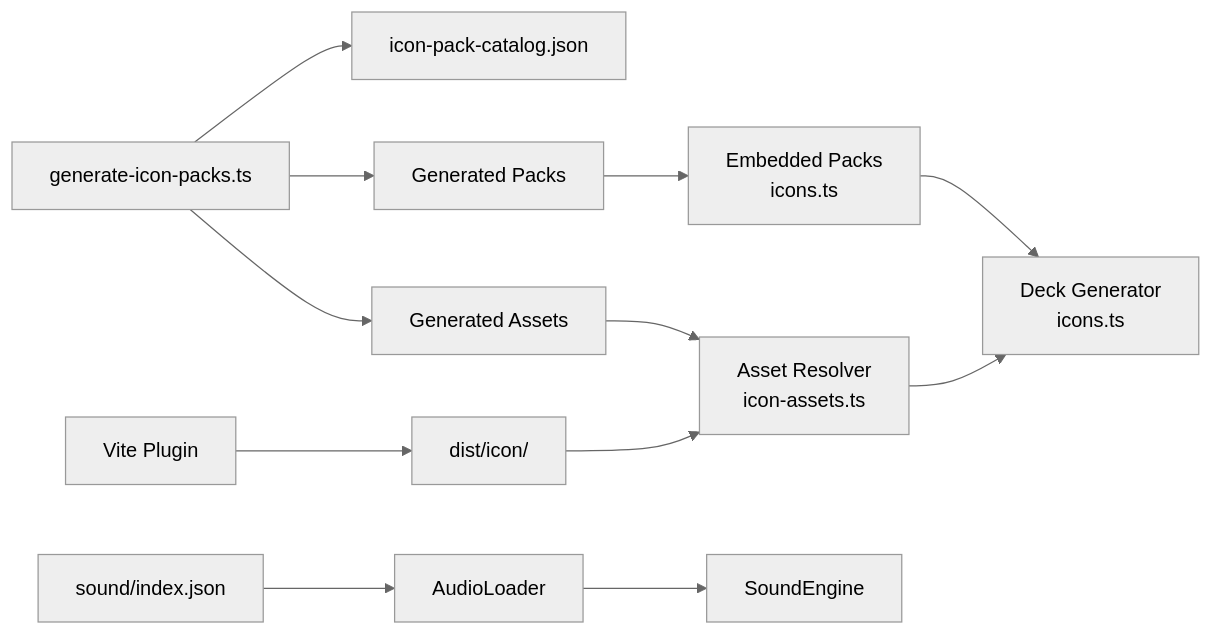
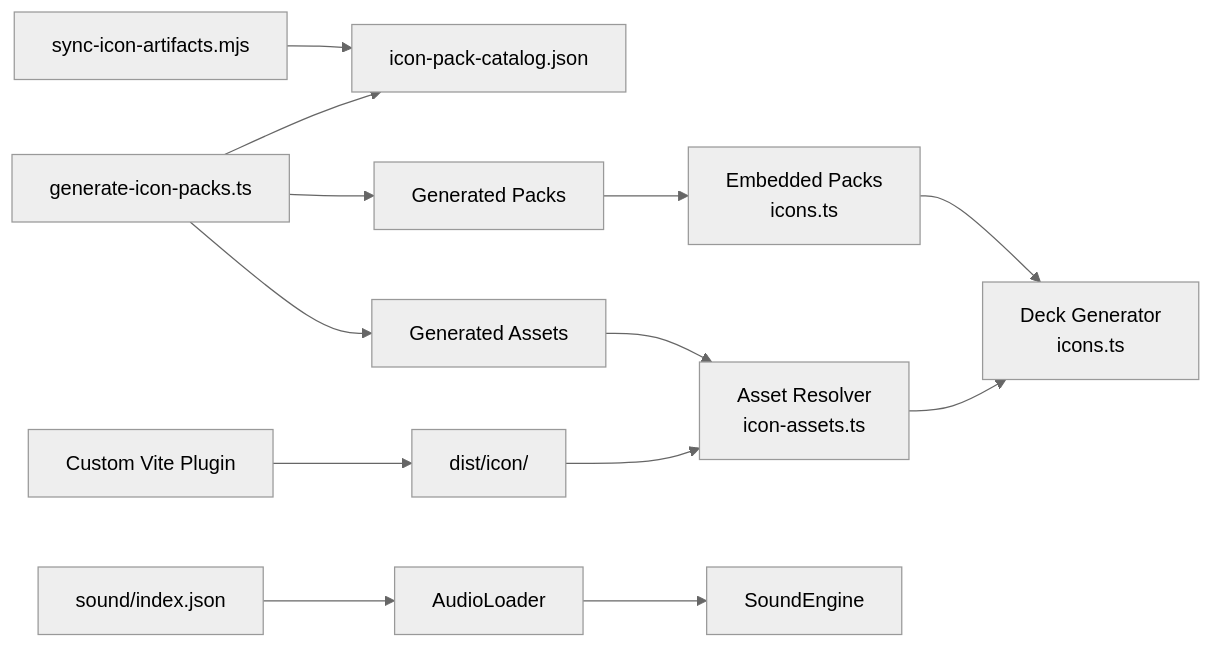
The eighth of 9 diagrams in .qoder/repowiki/en/content/Architecture Overview/Asset Management Architecture.md (satyrlord/mb), drawn with Mermaid (neutral theme) before and after one commit. The commit also changed other lines of this file and 26 other files, not shown here.

````diff
--- a/.qoder/repowiki/en/content/Architecture Overview/Asset Management Architecture.md
+++ b/.qoder/repowiki/en/content/Architecture Overview/Asset Management Architecture.md
@@ -326,14 +362,15 @@
 ```mermaid
 graph LR
 Gen["generate-icon-packs.ts"] --> Cat["icon-pack-catalog.json"]
 Gen --> OutPacks["Generated Packs"]
 Gen --> OutAssets["Generated Assets"]
 OutPacks --> Packs["Embedded Packs<br/>icons.ts"]
 OutAssets --> Resolver["Asset Resolver<br/>icon-assets.ts"]
 Packs --> Deck["Deck Generator<br/>icons.ts"]
 Resolver --> Deck
 Loader["AudioLoader"] --> Engine["SoundEngine"]
 Index["sound/index.json"] --> Loader
-Vite["Vite Plugin"] --> Dist["dist/icon/"]
+Vite["Custom Vite Plugin"] --> Dist["dist/icon/"]
 Dist --> Resolver
+Sync["sync-icon-artifacts.mjs"] --> Cat
 ```
````
